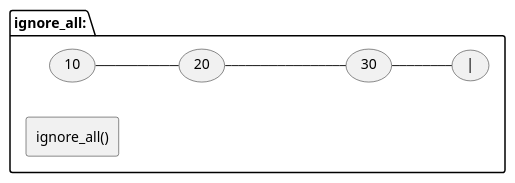
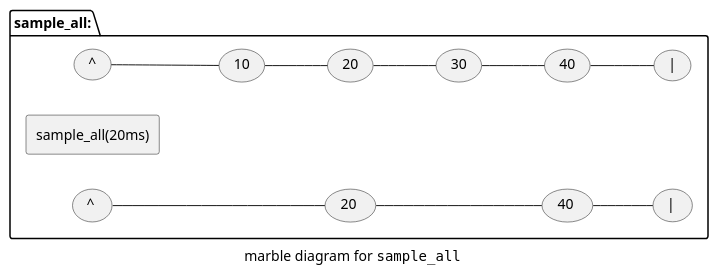
Before and after one commit to kirkshoop/sequence-next: diagram 15 of 16 in sequences.md, drawn with PlantUML. The commit also changed other lines of this file, not shown here.

Commit message:
more diagrams and algorithm descriptions

````diff
--- a/sequences.md
+++ b/sequences.md
@@ -496,9 +616,15 @@
 ```plantuml
+caption marble diagram for ""sample_all""
 left to right direction
-package ignore_all: {
+package sample_all: {
+(^) -- (10)
 (10) -- (20)
-(20) --- (30)
-(30) -- (|)
-rectangle ""ignore_all()""
+(20) -- (30)
+(30) -- (40)
+(40) -- (|)
+rectangle ""sample_all(20ms)""
+(^ ) --- (20 )
+(20 ) --- (40 )
+(40 ) -- (| )
 }
 ```
````
